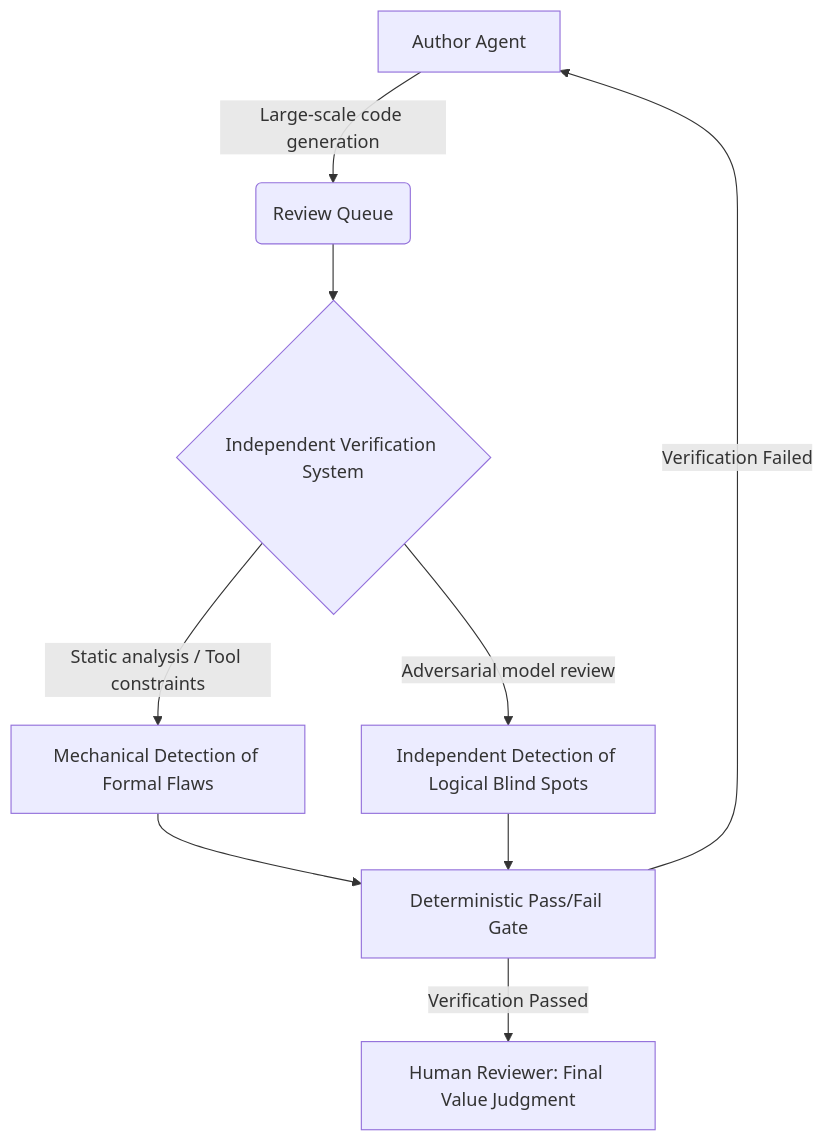
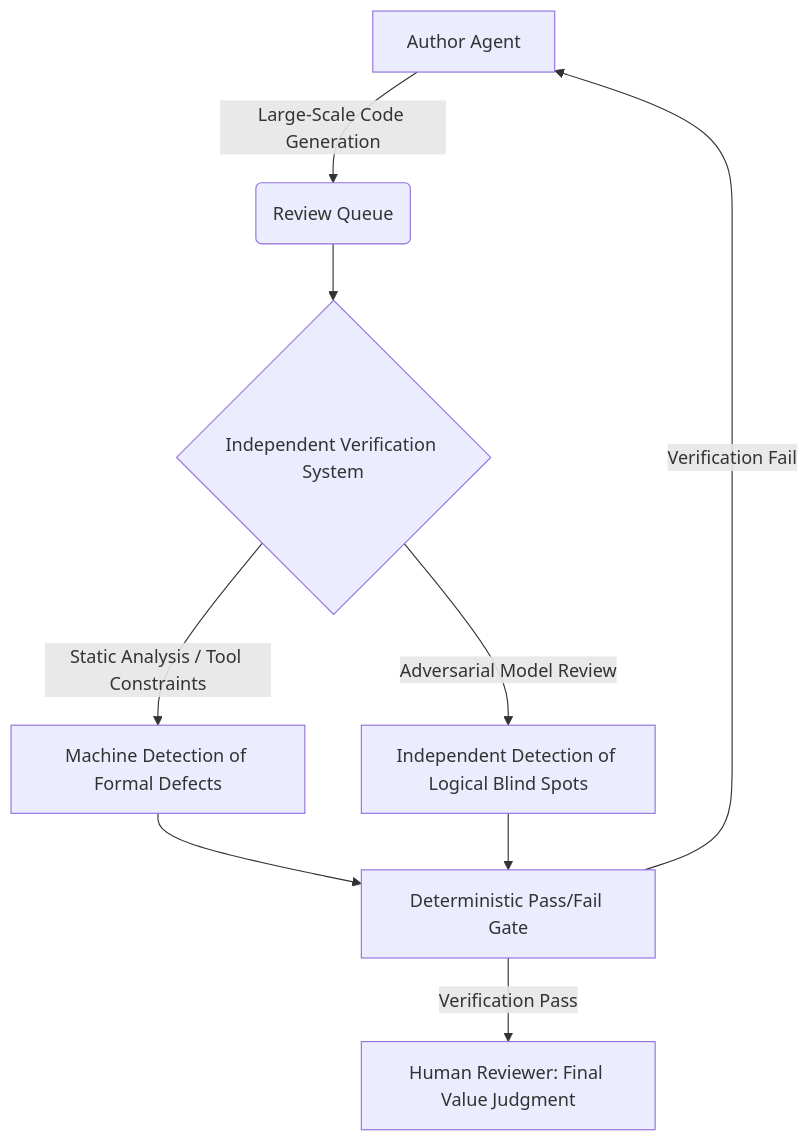
One commit to thishw/hw_insight changed the diagram in content/posts/2026-07-24-agent-verification-bottleneck.en.md. Above: the diagram before and after it, drawn with Mermaid. The commit also changed other lines of this file, not shown here.

First line of the commit message:
post: The New Bottleneck in the Agent Era: Verification Infrastructure Determines Competitive Advantage

````diff
--- a/content/posts/2026-07-24-agent-verification-bottleneck.en.md
+++ b/content/posts/2026-07-24-agent-verification-bottleneck.en.md
@@ -57,11 +57,11 @@
 ```mermaid
 graph TD
-    A[Author Agent] -->|Large-scale code generation| B(Review Queue)
+    A[Author Agent] -->|Large-Scale Code Generation| B(Review Queue)
     B --> C{Independent Verification System}
-    C -->|Static analysis / Tool constraints| D[Mechanical Detection of Formal Flaws]
-    C -->|Adversarial model review| E[Independent Detection of Logical Blind Spots]
+    C -->|Static Analysis / Tool Constraints| D[Machine Detection of Formal Defects]
+    C -->|Adversarial Model Review| E[Independent Detection of Logical Blind Spots]
     D --> F[Deterministic Pass/Fail Gate]
     E --> F
-    F -->|Verification Failed| A
-    F -->|Verification Passed| G[Human Reviewer: Final Value Judgment]
+    F -->|Verification Fail| A
+    F -->|Verification Pass| G[Human Reviewer: Final Value Judgment]
 ```
````
